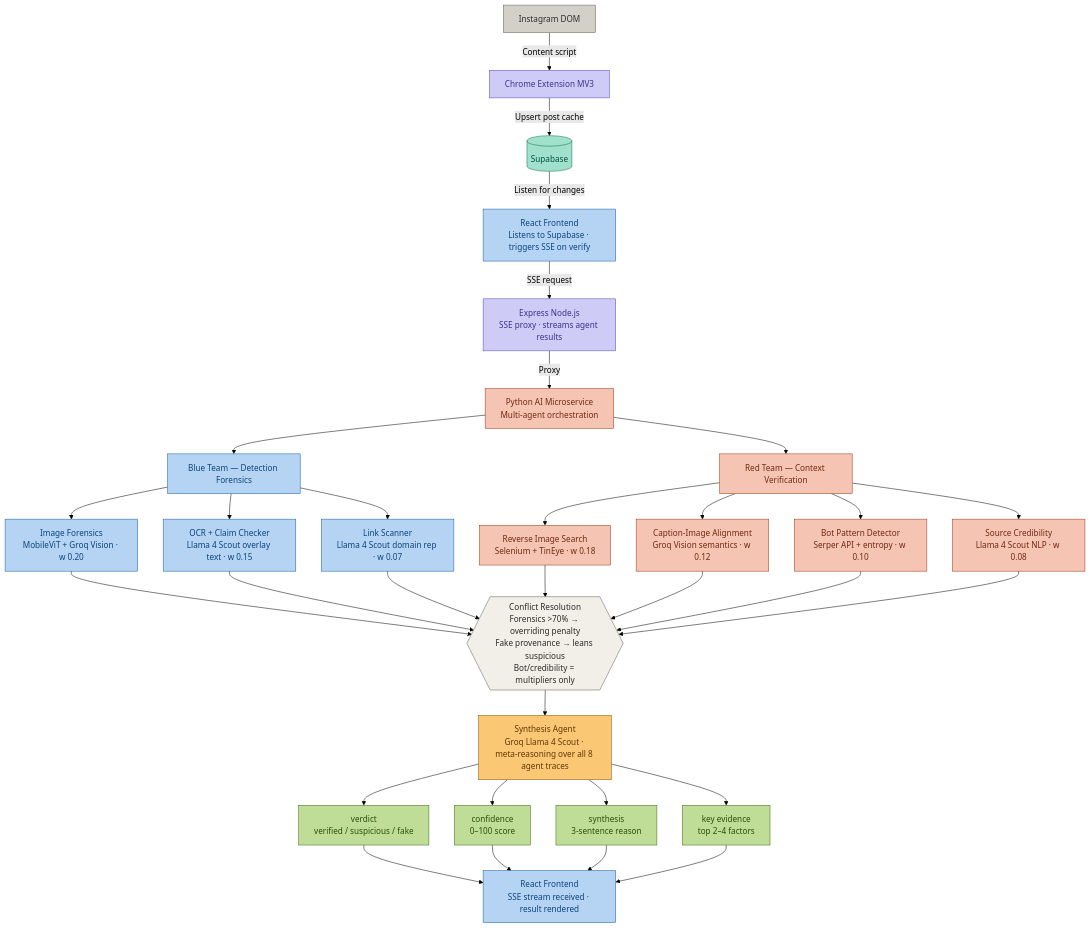
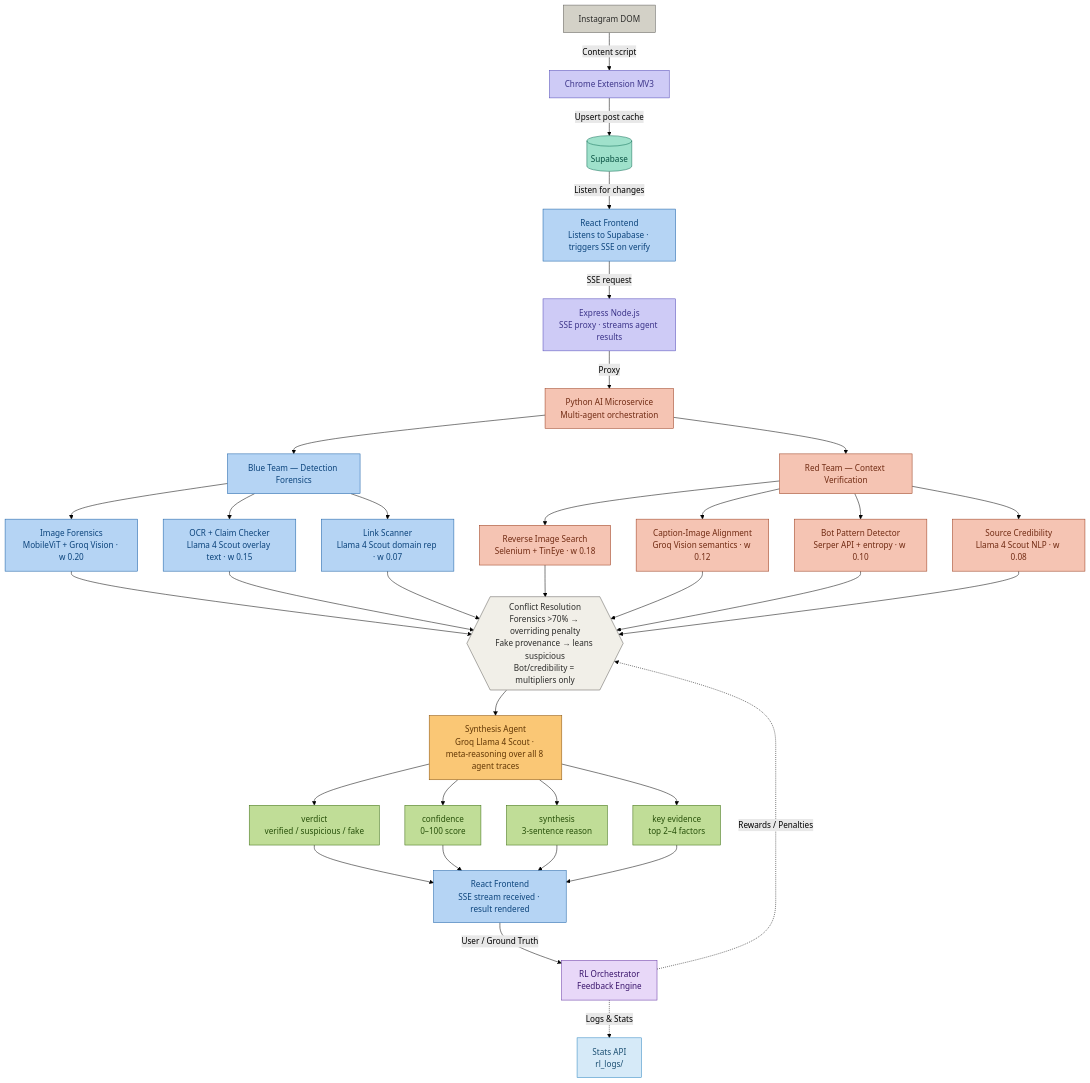
One commit to Ghassenboussalem/Menacraft changed the diagram in README.md. Above: the diagram before and after it, drawn with Mermaid (forest theme).

Commit message:
Update README: Add Reinforcement Learning node to Architecture diagram

````diff
--- a/README.md
+++ b/README.md
@@ -24,69 +24,76 @@
 ```mermaid
 graph TD
     A[Instagram DOM] -->|Content script| B[Chrome Extension MV3]
     B -->|Upsert post cache| C[(Supabase)]
     C -->|Listen for changes| D[React Frontend\nListens to Supabase · triggers SSE on verify]
     D -->|SSE request| E[Express Node.js\nSSE proxy · streams agent results]
     E -->|Proxy| F[Python AI Microservice\nMulti-agent orchestration]
 
     F --> BT[Blue Team — Detection Forensics]
     F --> RT[Red Team — Context Verification]
 
     BT --> B1[Image Forensics\nMobileViT + Groq Vision · w 0.20]
     BT --> B2[OCR + Claim Checker\nLlama 4 Scout overlay text · w 0.15]
     BT --> B3[Link Scanner\nLlama 4 Scout domain rep · w 0.07]
 
     RT --> R1[Reverse Image Search\nSelenium + TinEye · w 0.18]
     RT --> R2[Caption-Image Alignment\nGroq Vision semantics · w 0.12]
     RT --> R3[Bot Pattern Detector\nSerper API + entropy · w 0.10]
     RT --> R4[Source Credibility\nLlama 4 Scout NLP · w 0.08]
 
     B1 --> CR
     B2 --> CR
     B3 --> CR
     R1 --> CR
     R2 --> CR
     R3 --> CR
     R4 --> CR
 
     CR{{"Conflict Resolution\nForensics >70% → overriding penalty\nFake provenance → leans suspicious\nBot/credibility = multipliers only"}}
 
     CR --> SA[Synthesis Agent\nGroq Llama 4 Scout · meta-reasoning over all 8 agent traces]
 
     SA --> O1[verdict\nverified / suspicious / fake]
     SA --> O2[confidence\n0–100 score]
     SA --> O3[synthesis\n3-sentence reason]
     SA --> O4[key evidence\ntop 2–4 factors]
 
     O1 --> RF[React Frontend\nSSE stream received · result rendered]
     O2 --> RF
     O3 --> RF
     O4 --> RF
 
+    RF -->|User / Ground Truth| RL[RL Orchestrator\nFeedback Engine]
+    RL -.->|Rewards / Penalties| CR
+    RL -.->|Logs & Stats| API[Stats API\nrl_logs/]
+
     style BT fill:#B5D4F4,stroke:#185FA5,color:#0C447C
     style B1 fill:#B5D4F4,stroke:#185FA5,color:#0C447C
     style B2 fill:#B5D4F4,stroke:#185FA5,color:#0C447C
     style B3 fill:#B5D4F4,stroke:#185FA5,color:#0C447C
 
     style RT fill:#F5C4B3,stroke:#993C1D,color:#712B13
     style R1 fill:#F5C4B3,stroke:#993C1D,color:#712B13
     style R2 fill:#F5C4B3,stroke:#993C1D,color:#712B13
     style R3 fill:#F5C4B3,stroke:#993C1D,color:#712B13
     style R4 fill:#F5C4B3,stroke:#993C1D,color:#712B13
 
     style SA fill:#FAC775,stroke:#854F0B,color:#633806
     style CR fill:#F1EFE8,stroke:#5F5E5A,color:#2C2C2A
 
     style O1 fill:#C0DD97,stroke:#3B6D11,color:#27500A
     style O2 fill:#C0DD97,stroke:#3B6D11,color:#27500A
     style O3 fill:#C0DD97,stroke:#3B6D11,color:#27500A
     style O4 fill:#C0DD97,stroke:#3B6D11,color:#27500A
 
     style RF fill:#B5D4F4,stroke:#185FA5,color:#0C447C
     style D fill:#B5D4F4,stroke:#185FA5,color:#0C447C
     style E fill:#CECBF6,stroke:#534AB7,color:#3C3489
     style F fill:#F5C4B3,stroke:#993C1D,color:#712B13
     style A fill:#D3D1C7,stroke:#5F5E5A,color:#2C2C2A
     style C fill:#9FE1CB,stroke:#0F6E56,color:#085041
     style B fill:#CECBF6,stroke:#534AB7,color:#3C3489
+    
+    style RL fill:#E8D8F8,stroke:#6434A4,color:#39146B
+    style API fill:#D6EAF8,stroke:#2E86C1,color:#1B4F72
 ```
````
